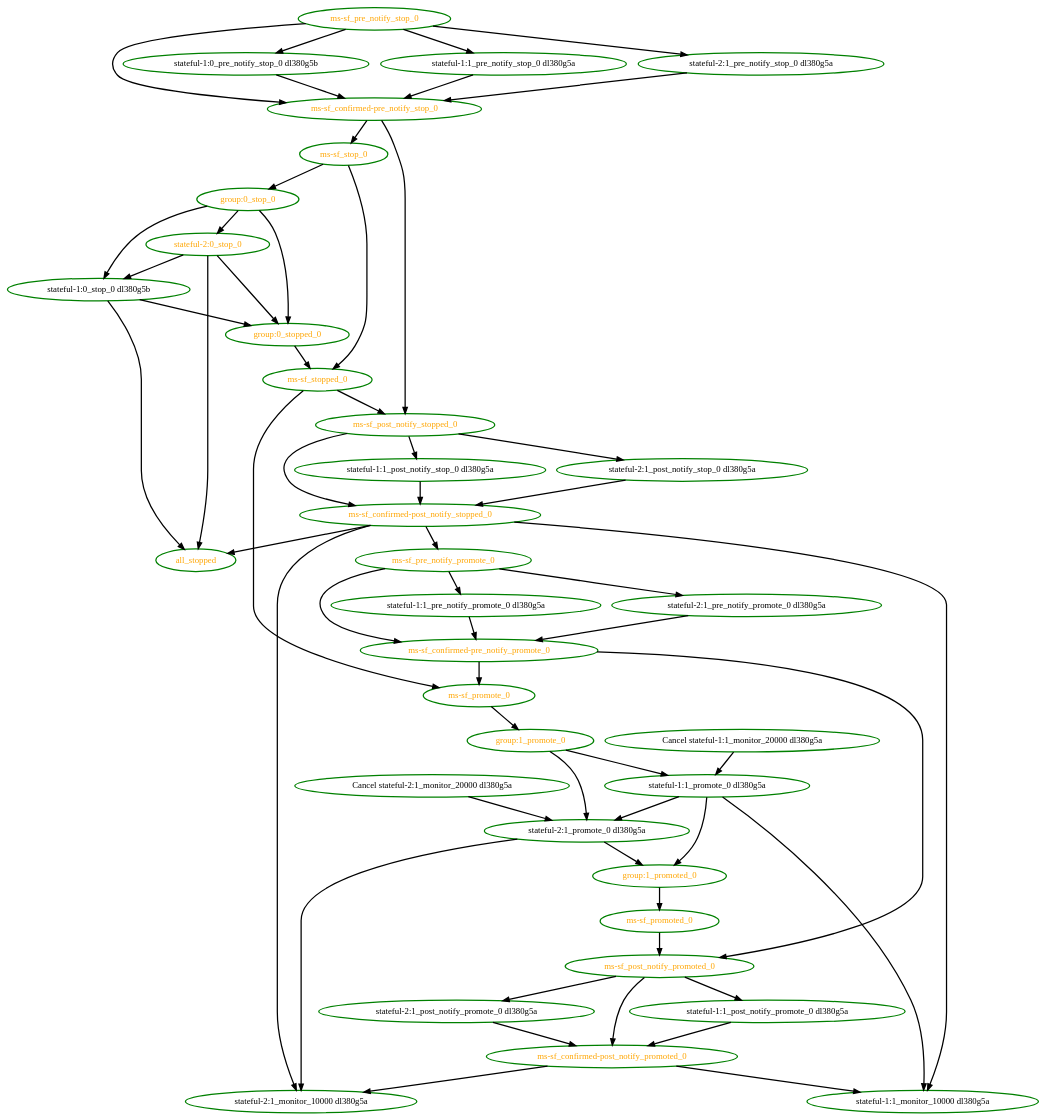
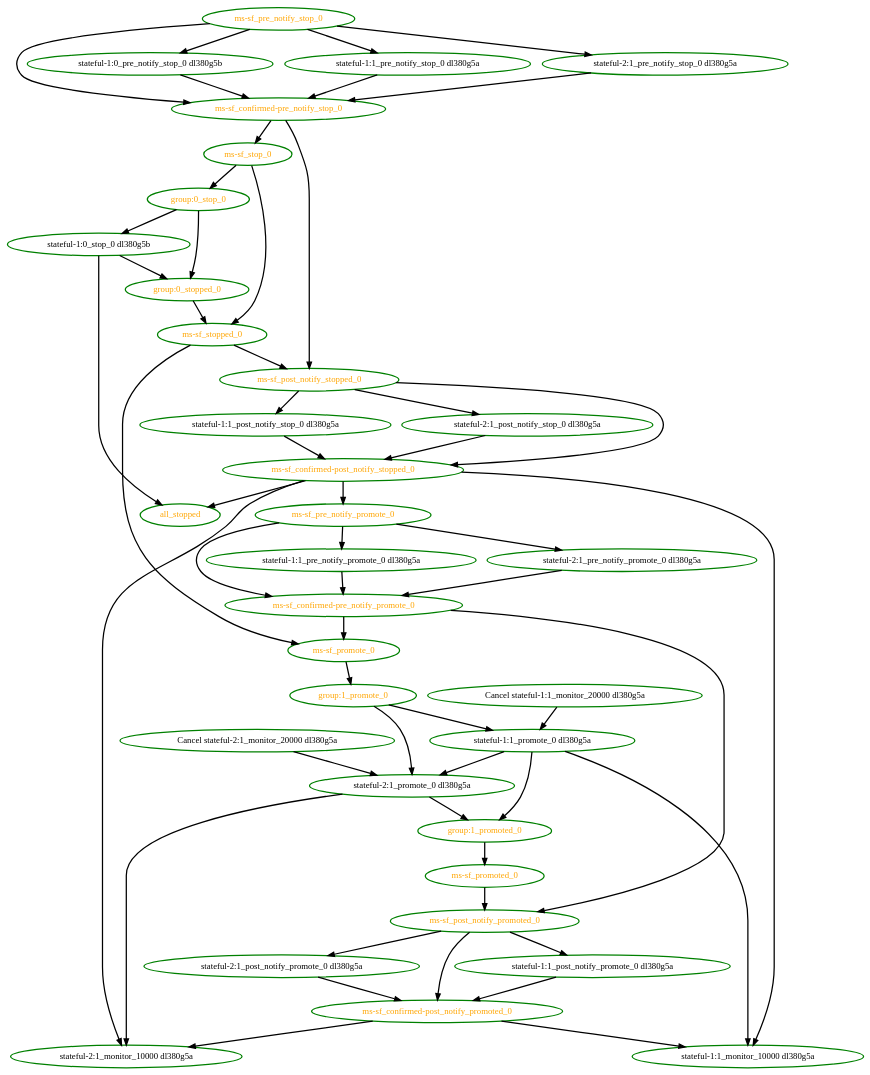
One commit to ClusterLabs/pacemaker changed the diagram in pengine/test10/master-failed-demote.dot. Above: the diagram before and after it, drawn with Graphviz. The commit also changed 115 other files, not shown here.

```diff
--- a/pengine/test10/master-failed-demote.dot
+++ b/pengine/test10/master-failed-demote.dot
@@ -1,93 +1,88 @@
 digraph "g" {
 "Cancel stateful-1:1_monitor_20000 dl380g5a" -> "stateful-1:1_promote_0 dl380g5a" [ style = bold]
 "Cancel stateful-1:1_monitor_20000 dl380g5a" [ style=bold color="green" fontcolor="black"  ]
 "Cancel stateful-2:1_monitor_20000 dl380g5a" -> "stateful-2:1_promote_0 dl380g5a" [ style = bold]
 "Cancel stateful-2:1_monitor_20000 dl380g5a" [ style=bold color="green" fontcolor="black"  ]
 "all_stopped" [ style=bold color="green" fontcolor="orange"  ]
 "group:0_stop_0" -> "group:0_stopped_0" [ style = bold]
 "group:0_stop_0" -> "stateful-1:0_stop_0 dl380g5b" [ style = bold]
-"group:0_stop_0" -> "stateful-2:0_stop_0" [ style = bold]
 "group:0_stop_0" [ style=bold color="green" fontcolor="orange"  ]
 "group:0_stopped_0" -> "ms-sf_stopped_0" [ style = bold]
 "group:0_stopped_0" [ style=bold color="green" fontcolor="orange"  ]
 "group:1_promote_0" -> "stateful-1:1_promote_0 dl380g5a" [ style = bold]
 "group:1_promote_0" -> "stateful-2:1_promote_0 dl380g5a" [ style = bold]
 "group:1_promote_0" [ style=bold color="green" fontcolor="orange"  ]
 "group:1_promoted_0" -> "ms-sf_promoted_0" [ style = bold]
 "group:1_promoted_0" [ style=bold color="green" fontcolor="orange"  ]
 "ms-sf_confirmed-post_notify_promoted_0" -> "stateful-1:1_monitor_10000 dl380g5a" [ style = bold]
 "ms-sf_confirmed-post_notify_promoted_0" -> "stateful-2:1_monitor_10000 dl380g5a" [ style = bold]
 "ms-sf_confirmed-post_notify_promoted_0" [ style=bold color="green" fontcolor="orange"  ]
 "ms-sf_confirmed-post_notify_stopped_0" -> "all_stopped" [ style = bold]
 "ms-sf_confirmed-post_notify_stopped_0" -> "ms-sf_pre_notify_promote_0" [ style = bold]
 "ms-sf_confirmed-post_notify_stopped_0" -> "stateful-1:1_monitor_10000 dl380g5a" [ style = bold]
 "ms-sf_confirmed-post_notify_stopped_0" -> "stateful-2:1_monitor_10000 dl380g5a" [ style = bold]
 "ms-sf_confirmed-post_notify_stopped_0" [ style=bold color="green" fontcolor="orange"  ]
 "ms-sf_confirmed-pre_notify_promote_0" -> "ms-sf_post_notify_promoted_0" [ style = bold]
 "ms-sf_confirmed-pre_notify_promote_0" -> "ms-sf_promote_0" [ style = bold]
 "ms-sf_confirmed-pre_notify_promote_0" [ style=bold color="green" fontcolor="orange"  ]
 "ms-sf_confirmed-pre_notify_stop_0" -> "ms-sf_post_notify_stopped_0" [ style = bold]
 "ms-sf_confirmed-pre_notify_stop_0" -> "ms-sf_stop_0" [ style = bold]
 "ms-sf_confirmed-pre_notify_stop_0" [ style=bold color="green" fontcolor="orange"  ]
 "ms-sf_post_notify_promoted_0" -> "ms-sf_confirmed-post_notify_promoted_0" [ style = bold]
 "ms-sf_post_notify_promoted_0" -> "stateful-1:1_post_notify_promote_0 dl380g5a" [ style = bold]
 "ms-sf_post_notify_promoted_0" -> "stateful-2:1_post_notify_promote_0 dl380g5a" [ style = bold]
 "ms-sf_post_notify_promoted_0" [ style=bold color="green" fontcolor="orange"  ]
 "ms-sf_post_notify_stopped_0" -> "ms-sf_confirmed-post_notify_stopped_0" [ style = bold]
 "ms-sf_post_notify_stopped_0" -> "stateful-1:1_post_notify_stop_0 dl380g5a" [ style = bold]
 "ms-sf_post_notify_stopped_0" -> "stateful-2:1_post_notify_stop_0 dl380g5a" [ style = bold]
 "ms-sf_post_notify_stopped_0" [ style=bold color="green" fontcolor="orange"  ]
 "ms-sf_pre_notify_promote_0" -> "ms-sf_confirmed-pre_notify_promote_0" [ style = bold]
 "ms-sf_pre_notify_promote_0" -> "stateful-1:1_pre_notify_promote_0 dl380g5a" [ style = bold]
 "ms-sf_pre_notify_promote_0" -> "stateful-2:1_pre_notify_promote_0 dl380g5a" [ style = bold]
 "ms-sf_pre_notify_promote_0" [ style=bold color="green" fontcolor="orange"  ]
 "ms-sf_pre_notify_stop_0" -> "ms-sf_confirmed-pre_notify_stop_0" [ style = bold]
 "ms-sf_pre_notify_stop_0" -> "stateful-1:0_pre_notify_stop_0 dl380g5b" [ style = bold]
 "ms-sf_pre_notify_stop_0" -> "stateful-1:1_pre_notify_stop_0 dl380g5a" [ style = bold]
 "ms-sf_pre_notify_stop_0" -> "stateful-2:1_pre_notify_stop_0 dl380g5a" [ style = bold]
 "ms-sf_pre_notify_stop_0" [ style=bold color="green" fontcolor="orange"  ]
 "ms-sf_promote_0" -> "group:1_promote_0" [ style = bold]
 "ms-sf_promote_0" [ style=bold color="green" fontcolor="orange"  ]
 "ms-sf_promoted_0" -> "ms-sf_post_notify_promoted_0" [ style = bold]
 "ms-sf_promoted_0" [ style=bold color="green" fontcolor="orange"  ]
 "ms-sf_stop_0" -> "group:0_stop_0" [ style = bold]
 "ms-sf_stop_0" -> "ms-sf_stopped_0" [ style = bold]
 "ms-sf_stop_0" [ style=bold color="green" fontcolor="orange"  ]
 "ms-sf_stopped_0" -> "ms-sf_post_notify_stopped_0" [ style = bold]
 "ms-sf_stopped_0" -> "ms-sf_promote_0" [ style = bold]
 "ms-sf_stopped_0" [ style=bold color="green" fontcolor="orange"  ]
 "stateful-1:0_pre_notify_stop_0 dl380g5b" -> "ms-sf_confirmed-pre_notify_stop_0" [ style = bold]
 "stateful-1:0_pre_notify_stop_0 dl380g5b" [ style=bold color="green" fontcolor="black"  ]
 "stateful-1:0_stop_0 dl380g5b" -> "all_stopped" [ style = bold]
 "stateful-1:0_stop_0 dl380g5b" -> "group:0_stopped_0" [ style = bold]
 "stateful-1:0_stop_0 dl380g5b" [ style=bold color="green" fontcolor="black"  ]
 "stateful-1:1_monitor_10000 dl380g5a" [ style=bold color="green" fontcolor="black"  ]
 "stateful-1:1_post_notify_promote_0 dl380g5a" -> "ms-sf_confirmed-post_notify_promoted_0" [ style = bold]
 "stateful-1:1_post_notify_promote_0 dl380g5a" [ style=bold color="green" fontcolor="black"  ]
 "stateful-1:1_post_notify_stop_0 dl380g5a" -> "ms-sf_confirmed-post_notify_stopped_0" [ style = bold]
 "stateful-1:1_post_notify_stop_0 dl380g5a" [ style=bold color="green" fontcolor="black"  ]
 "stateful-1:1_pre_notify_promote_0 dl380g5a" -> "ms-sf_confirmed-pre_notify_promote_0" [ style = bold]
 "stateful-1:1_pre_notify_promote_0 dl380g5a" [ style=bold color="green" fontcolor="black"  ]
 "stateful-1:1_pre_notify_stop_0 dl380g5a" -> "ms-sf_confirmed-pre_notify_stop_0" [ style = bold]
 "stateful-1:1_pre_notify_stop_0 dl380g5a" [ style=bold color="green" fontcolor="black"  ]
 "stateful-1:1_promote_0 dl380g5a" -> "group:1_promoted_0" [ style = bold]
 "stateful-1:1_promote_0 dl380g5a" -> "stateful-1:1_monitor_10000 dl380g5a" [ style = bold]
 "stateful-1:1_promote_0 dl380g5a" -> "stateful-2:1_promote_0 dl380g5a" [ style = bold]
 "stateful-1:1_promote_0 dl380g5a" [ style=bold color="green" fontcolor="black"  ]
-"stateful-2:0_stop_0" -> "all_stopped" [ style = bold]
-"stateful-2:0_stop_0" -> "group:0_stopped_0" [ style = bold]
-"stateful-2:0_stop_0" -> "stateful-1:0_stop_0 dl380g5b" [ style = bold]
-"stateful-2:0_stop_0" [ style=bold color="green" fontcolor="orange"  ]
 "stateful-2:1_monitor_10000 dl380g5a" [ style=bold color="green" fontcolor="black"  ]
 "stateful-2:1_post_notify_promote_0 dl380g5a" -> "ms-sf_confirmed-post_notify_promoted_0" [ style = bold]
 "stateful-2:1_post_notify_promote_0 dl380g5a" [ style=bold color="green" fontcolor="black"  ]
 "stateful-2:1_post_notify_stop_0 dl380g5a" -> "ms-sf_confirmed-post_notify_stopped_0" [ style = bold]
 "stateful-2:1_post_notify_stop_0 dl380g5a" [ style=bold color="green" fontcolor="black"  ]
 "stateful-2:1_pre_notify_promote_0 dl380g5a" -> "ms-sf_confirmed-pre_notify_promote_0" [ style = bold]
 "stateful-2:1_pre_notify_promote_0 dl380g5a" [ style=bold color="green" fontcolor="black"  ]
 "stateful-2:1_pre_notify_stop_0 dl380g5a" -> "ms-sf_confirmed-pre_notify_stop_0" [ style = bold]
 "stateful-2:1_pre_notify_stop_0 dl380g5a" [ style=bold color="green" fontcolor="black"  ]
 "stateful-2:1_promote_0 dl380g5a" -> "group:1_promoted_0" [ style = bold]
 "stateful-2:1_promote_0 dl380g5a" -> "stateful-2:1_monitor_10000 dl380g5a" [ style = bold]
 "stateful-2:1_promote_0 dl380g5a" [ style=bold color="green" fontcolor="black"  ]
 }
```
